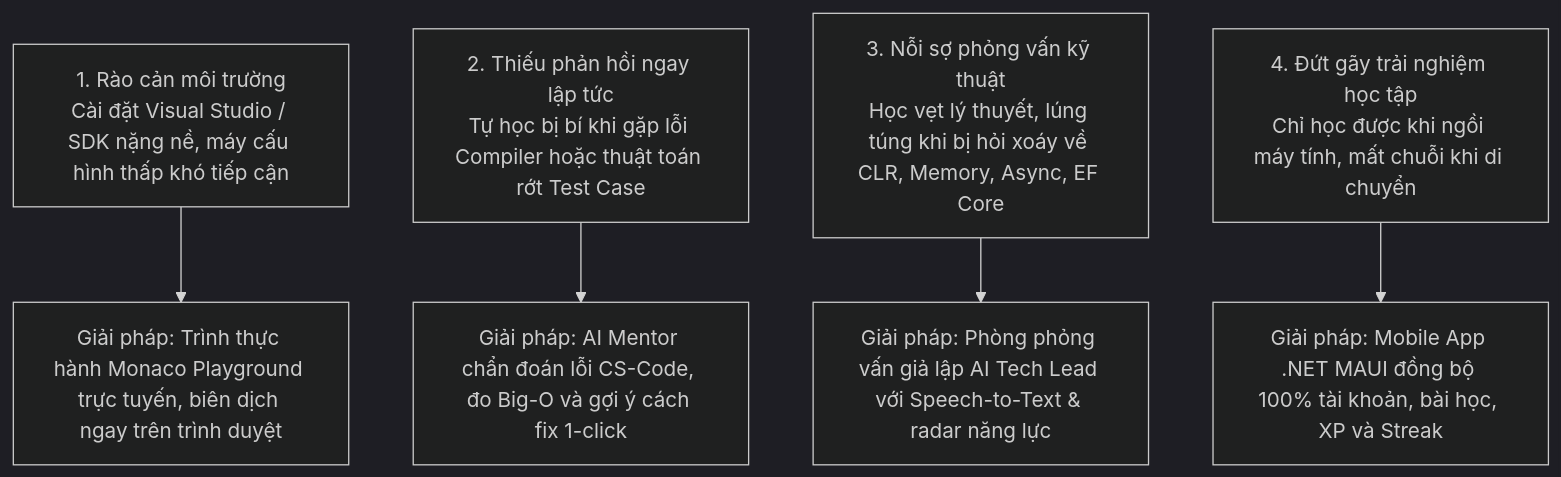
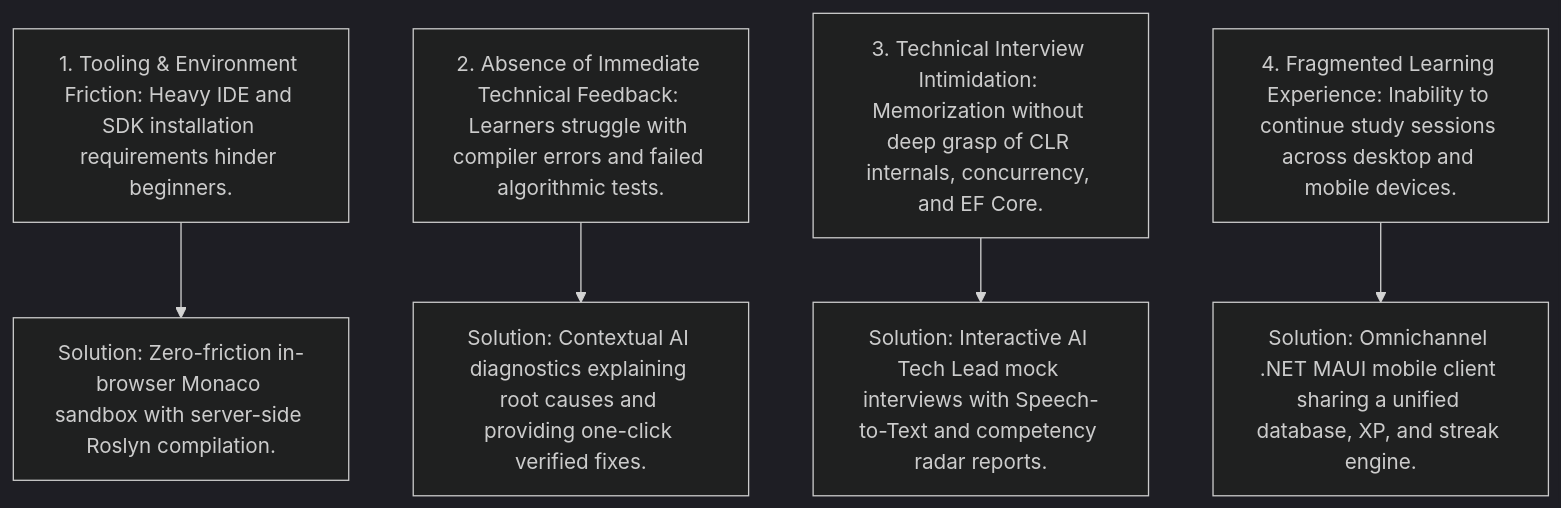
One commit to KaitoDeus/NET-Tutos changed the first of 2 diagrams in docs/01_business_overview.md. Above: the diagram before and after it, drawn with Mermaid (dark theme). The commit also changed other lines of this file and 5 other files, not shown here.

````diff
--- a/docs/01_business_overview.md
+++ b/docs/01_business_overview.md
@@ -24,7 +24,7 @@
 ```mermaid
 graph TD
-    P1["1. Rào cản môi trường<br/>Cài đặt Visual Studio / SDK nặng nề, máy cấu hình thấp khó tiếp cận"] --> S1["Giải pháp: Trình thực hành Monaco Playground trực tuyến, biên dịch ngay trên trình duyệt"]
-    P2["2. Thiếu phản hồi ngay lập tức<br/>Tự học bị bí khi gặp lỗi Compiler hoặc thuật toán rớt Test Case"] --> S2["Giải pháp: AI Mentor chẩn đoán lỗi CS-Code, đo Big-O và gợi ý cách fix 1-click"]
-    P3["3. Nỗi sợ phỏng vấn kỹ thuật<br/>Học vẹt lý thuyết, lúng túng khi bị hỏi xoáy về CLR, Memory, Async, EF Core"] --> S3["Giải pháp: Phòng phỏng vấn giả lập AI Tech Lead với Speech-to-Text & radar năng lực"]
-    P4["4. Đứt gãy trải nghiệm học tập<br/>Chỉ học được khi ngồi máy tính, mất chuỗi khi di chuyển"] --> S4["Giải pháp: Mobile App .NET MAUI đồng bộ 100% tài khoản, bài học, XP và Streak"]
+    P1["1. Tooling & Environment Friction: Heavy IDE and SDK installation requirements hinder beginners."] --> S1["Solution: Zero-friction in-browser Monaco sandbox with server-side Roslyn compilation."]
+    P2["2. Absence of Immediate Technical Feedback: Learners struggle with compiler errors and failed algorithmic tests."] --> S2["Solution: Contextual AI diagnostics explaining root causes and providing one-click verified fixes."]
+    P3["3. Technical Interview Intimidation: Memorization without deep grasp of CLR internals, concurrency, and EF Core."] --> S3["Solution: Interactive AI Tech Lead mock interviews with Speech-to-Text and competency radar reports."]
+    P4["4. Fragmented Learning Experience: Inability to continue study sessions across desktop and mobile devices."] --> S4["Solution: Omnichannel .NET MAUI mobile client sharing a unified database, XP, and streak engine."]
 ```
````
